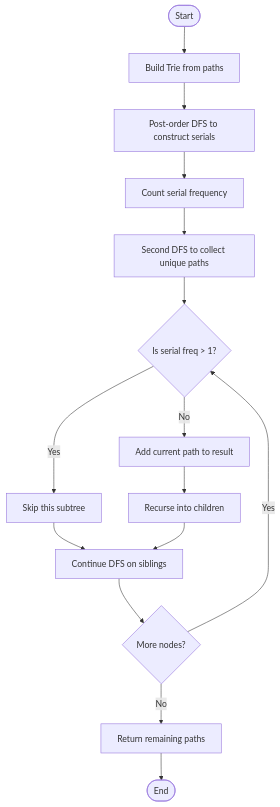
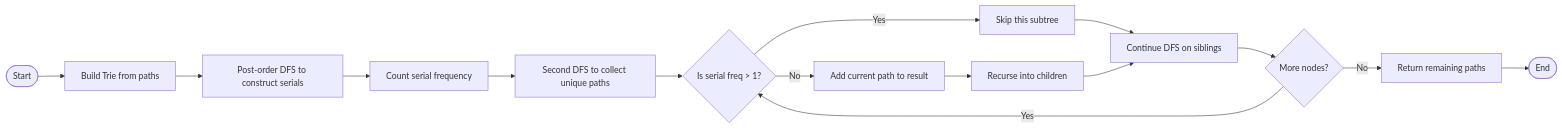
Before and after one commit to n3wang/general-docs-public: the first of 2 diagrams in content/1 - software-engineering/P2 - Leetcode/d1-july-2025.md, drawn with Mermaid. The commit also changed other lines of this file and 1 other file, not shown here.

````diff
--- a/content/1 - software-engineering/P2 - Leetcode/d1-july-2025.md
+++ b/content/1 - software-engineering/P2 - Leetcode/d1-july-2025.md
@@ -291,19 +291,22 @@
 ```mermaid
-flowchart TD
+flowchart LR
 
-Start([Start]) --> BuildTrie[Build Trie from paths]
-BuildTrie --> DFSConstruct[Post-order DFS to construct serials]
-DFSConstruct --> CountSerials[Count serial frequency]
-CountSerials --> DFSFilter[Second DFS to collect unique paths]
-DFSFilter --> CheckFreq{Is serial freq > 1?}
-CheckFreq -- Yes --> SkipSubtree[Skip this subtree]
-CheckFreq -- No --> SavePath[Add current path to result]
-SavePath --> RecurseChild[Recurse into children]
-SkipSubtree --> RecurseNext[Continue DFS on siblings]
-RecurseChild --> RecurseNext
-RecurseNext --> DoneFilter{More nodes?}
-DoneFilter -- Yes --> CheckFreq
-DoneFilter -- No --> Return[Return remaining paths]
-
-Return --> End([End])
+    Start([Start]) --> BuildTrie[Build Trie from paths]
+    BuildTrie --> DFSConstruct[Post-order DFS to construct serials]
+    DFSConstruct --> CountSerials[Count serial frequency]
+    CountSerials --> DFSFilter[Second DFS to collect unique paths]
+    DFSFilter --> CheckFreq{Is serial freq > 1?}
+    
+    CheckFreq -- Yes --> SkipSubtree[Skip this subtree]
+    CheckFreq -- No --> SavePath[Add current path to result]
+    
+    SavePath --> RecurseChild[Recurse into children]
+    SkipSubtree --> RecurseNext[Continue DFS on siblings]
+    RecurseChild --> RecurseNext
+    
+    RecurseNext --> DoneFilter{More nodes?}
+    DoneFilter -- Yes --> CheckFreq
+    DoneFilter -- No --> Return[Return remaining paths]
+    
+    Return --> End([End])
 ```
````
